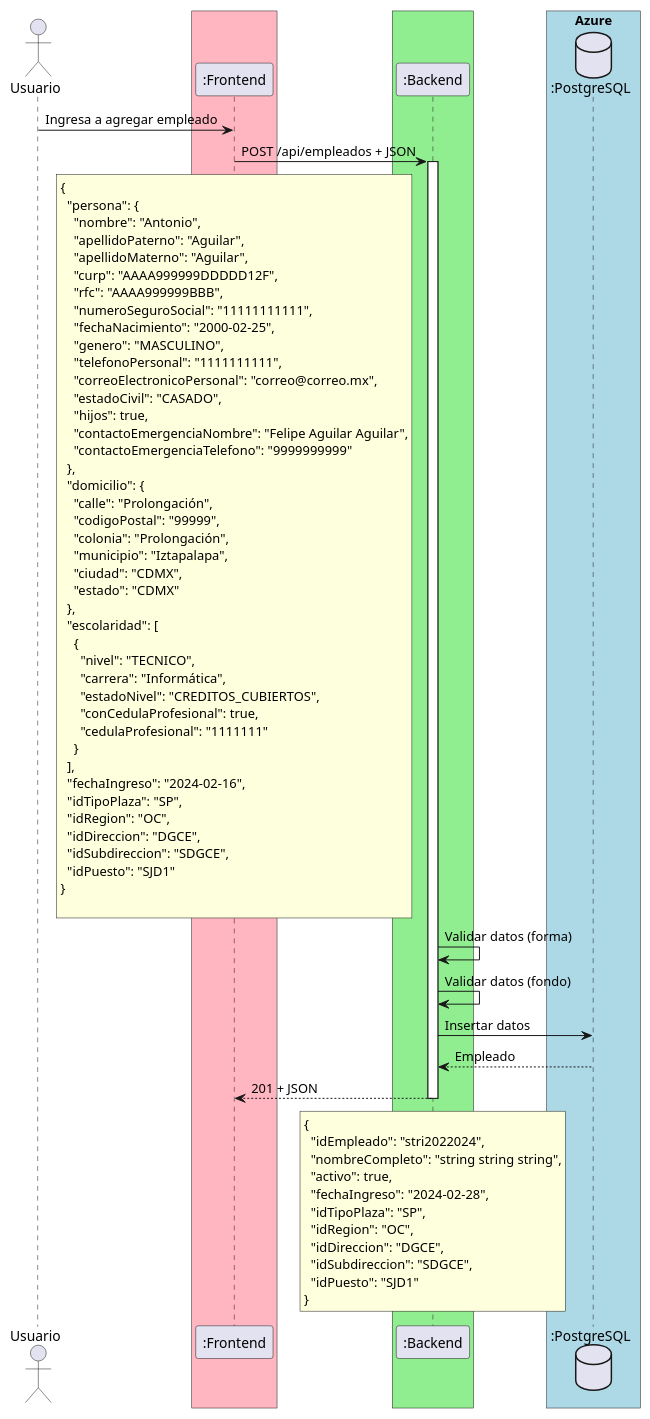
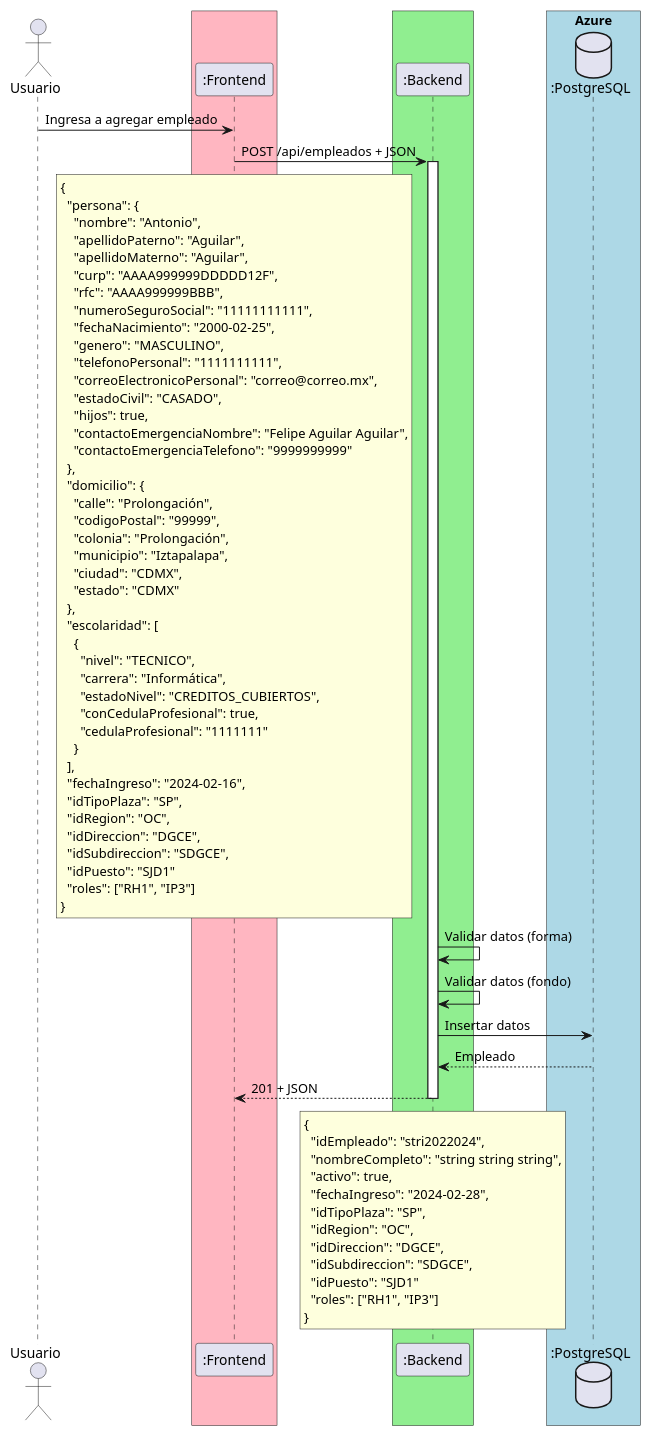
One commit to migueGO98/ProyectoSID changed the diagram in docs/diagramasSecuencia/HU-01.puml. Above: the diagram before and after it, drawn with PlantUML. The commit also changed 4 other files, not shown here.

Commit message:
Actualizar API-SID y terminar diagramas de secuencia HU-01

```diff
--- a/docs/diagramasSecuencia/HU-01.puml
+++ b/docs/diagramasSecuencia/HU-01.puml
@@ -1,80 +1,83 @@
 @startuml
 'https://plantuml.com/sequence-diagram
 
 actor Usuario as user
 box #LightPink
     participant ":Frontend" as front
 end box
 box #LightGreen
     participant ":Backend" as backend
 end box
 box "Azure" #LightBlue
     database ":PostgreSQL" as db
 end box
 
 user -> front: Ingresa a agregar empleado
 front -> backend++: POST /api/empleados + JSON
 rnote over front
 {
   "persona": {
     "nombre": "Antonio",
     "apellidoPaterno": "Aguilar",
     "apellidoMaterno": "Aguilar",
     "curp": "AAAA999999DDDDD12F",
     "rfc": "AAAA999999BBB",
     "numeroSeguroSocial": "11111111111",
     "fechaNacimiento": "2000-02-25",
     "genero": "MASCULINO",
     "telefonoPersonal": "1111111111",
     "correoElectronicoPersonal": "correo@correo.mx",
     "estadoCivil": "CASADO",
     "hijos": true,
     "contactoEmergenciaNombre": "Felipe Aguilar Aguilar",
     "contactoEmergenciaTelefono": "9999999999"
   },
   "domicilio": {
     "calle": "Prolongación",
     "codigoPostal": "99999",
     "colonia": "Prolongación",
     "municipio": "Iztapalapa",
     "ciudad": "CDMX",
     "estado": "CDMX"
   },
   "escolaridad": [
     {
       "nivel": "TECNICO",
       "carrera": "Informática",
       "estadoNivel": "CREDITOS_CUBIERTOS",
       "conCedulaProfesional": true,
       "cedulaProfesional": "1111111"
     }
   ],
   "fechaIngreso": "2024-02-16",
   "idTipoPlaza": "SP",
   "idRegion": "OC",
   "idDireccion": "DGCE",
   "idSubdireccion": "SDGCE",
   "idPuesto": "SJD1"
+  "roles": ["RH1", "IP3"]
 }
+end note
 
-end note
   backend -> backend: Validar datos (forma)
   backend -> backend: Validar datos (fondo)
   backend -> db: Insertar datos
   backend <-- db: Empleado
 front <-- backend--: 201 + JSON
+
 rnote over backend
 {
   "idEmpleado": "stri2022024",
   "nombreCompleto": "string string string",
   "activo": true,
   "fechaIngreso": "2024-02-28",
   "idTipoPlaza": "SP",
   "idRegion": "OC",
   "idDireccion": "DGCE",
   "idSubdireccion": "SDGCE",
   "idPuesto": "SJD1"
+  "roles": ["RH1", "IP3"]
 }
 end note
 
 @enduml
```
